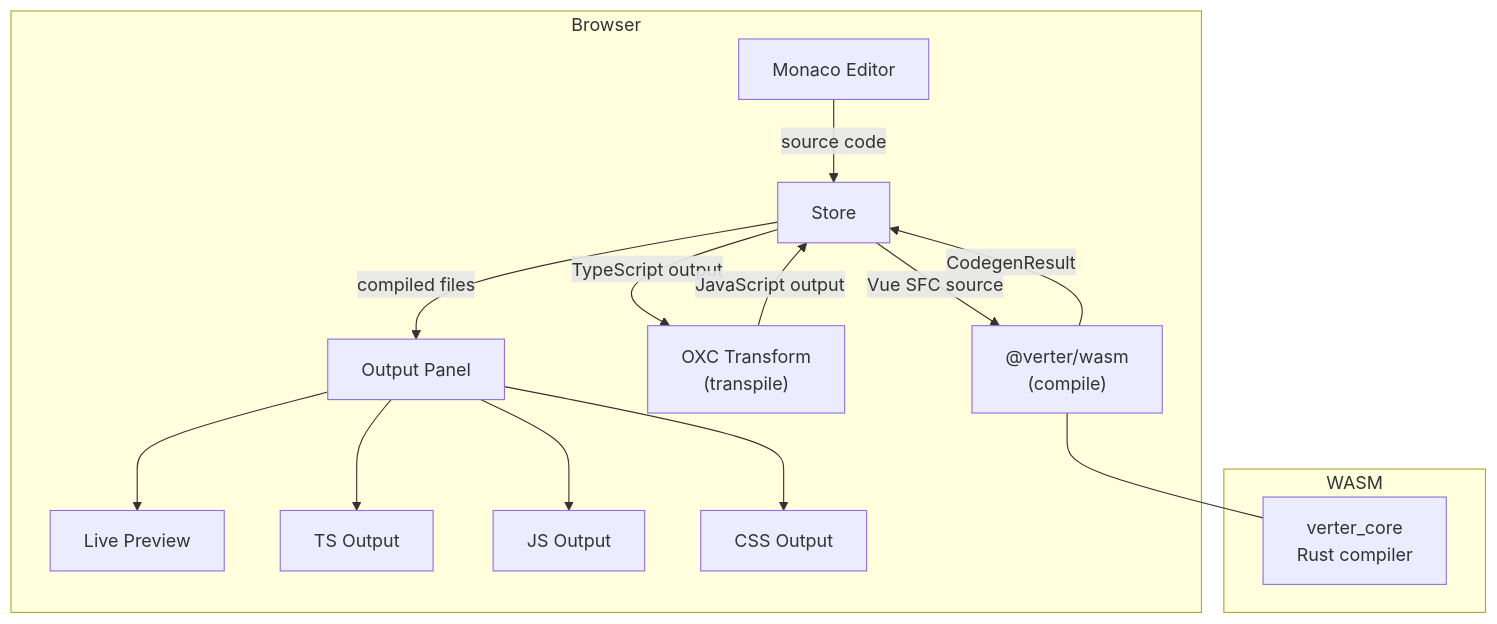
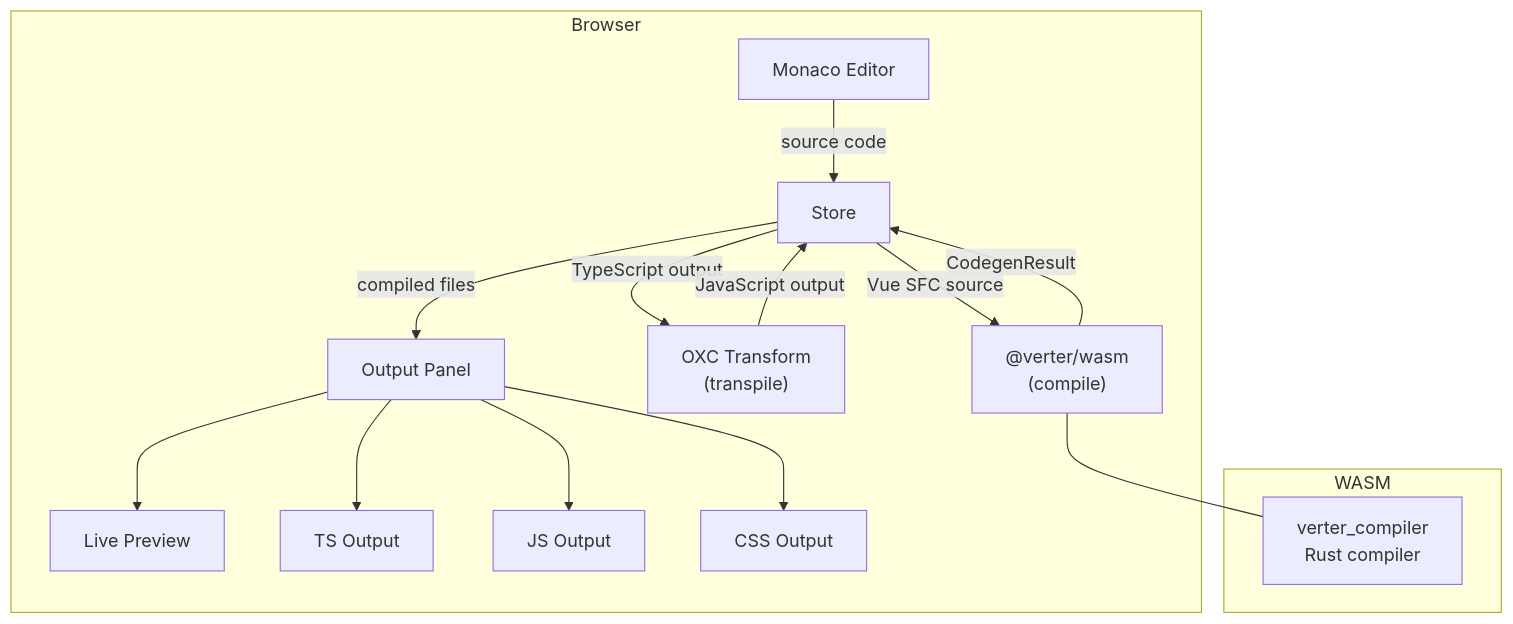
Before and after one commit to pikax/verter: the first of 2 diagrams in packages/playground/README.md, drawn with Mermaid. The commit also changed 29 other files, not shown here.

````diff
--- a/packages/playground/README.md
+++ b/packages/playground/README.md
@@ -12,19 +12,19 @@
 ```mermaid
 graph TD
     subgraph Browser
         A[Monaco Editor] -->|source code| B[Store]
         B -->|Vue SFC source| C["@verter/wasm<br/>(compile)"]
         C -->|CodegenResult| B
         B -->|TypeScript output| D["OXC Transform<br/>(transpile)"]
         D -->|JavaScript output| B
         B -->|compiled files| E[Output Panel]
         E --> F[Live Preview]
         E --> G[TS Output]
         E --> H[JS Output]
         E --> I[CSS Output]
     end
 
     subgraph WASM
-        C --- J[verter_core<br/>Rust compiler]
+        C --- J[verter_compiler<br/>Rust compiler]
     end
 ```
````
